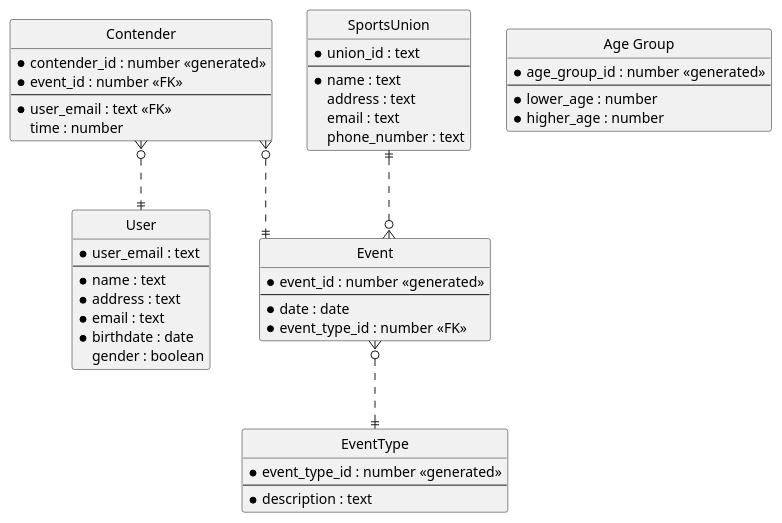
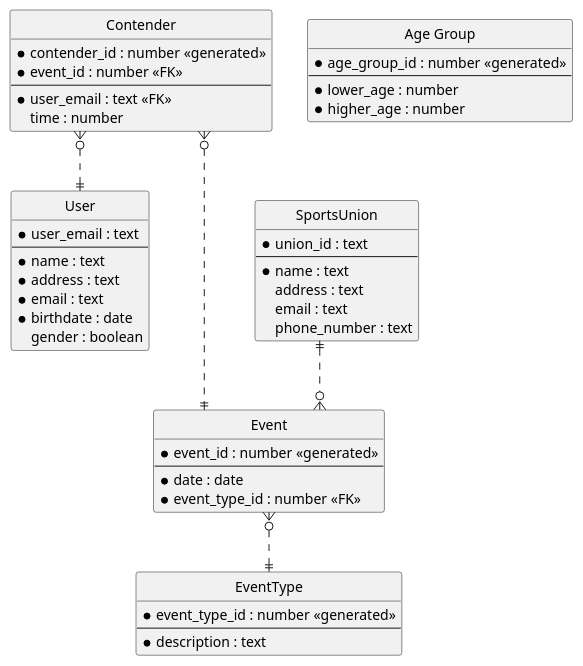
One commit to DTUSoftware/DBProject changed the diagram in src/main/resources/ER-Diagram.puml. Above: the diagram before and after it, drawn with PlantUML.

Commit message:
marcus is a fagget

```diff
--- a/src/main/resources/ER-Diagram.puml
+++ b/src/main/resources/ER-Diagram.puml
@@ -1,68 +1,68 @@
 @startuml
 'https://plantuml.com/ie-diagram
 
 ' hide the spot
 hide circle
 
 ' avoid problems with angled crows feet
 skinparam linetype ortho
 
 entity User {
   *user_email : text
   --
   *name : text
   *address : text
   *email : text
   *birthdate : date
   gender : boolean
 }
 
 entity Event {
   *event_id : number <<generated>>
   --
   *date : date
   *event_type_id : number <<FK>>
 }
 
 entity EventType {
   *event_type_id : number <<generated>>
   --
   *description : text
 }
 Event }o..|| EventType
 
 entity Contender {
   *contender_id : number <<generated>>
   * event_id : number <<FK>>
   --
   * user_email : text <<FK>>
   time : number
 }
-Contender }o..|| Event
+Contender }o...|| Event
 Contender }o..|| User
 
 
 entity "Age Group" {
     *age_group_id : number <<generated>>
     --
     *lower_age : number
     *higher_age : number
 }
 
 entity SportsUnion {
     *union_id : text
     --
     *name : text
     address : text
     email : text
     phone_number : text
 }
 SportsUnion ||..o{ Event
 
 
 
 'User ||..o{ Event
 'User |o..o{ Contender
 
 
 @enduml
```
